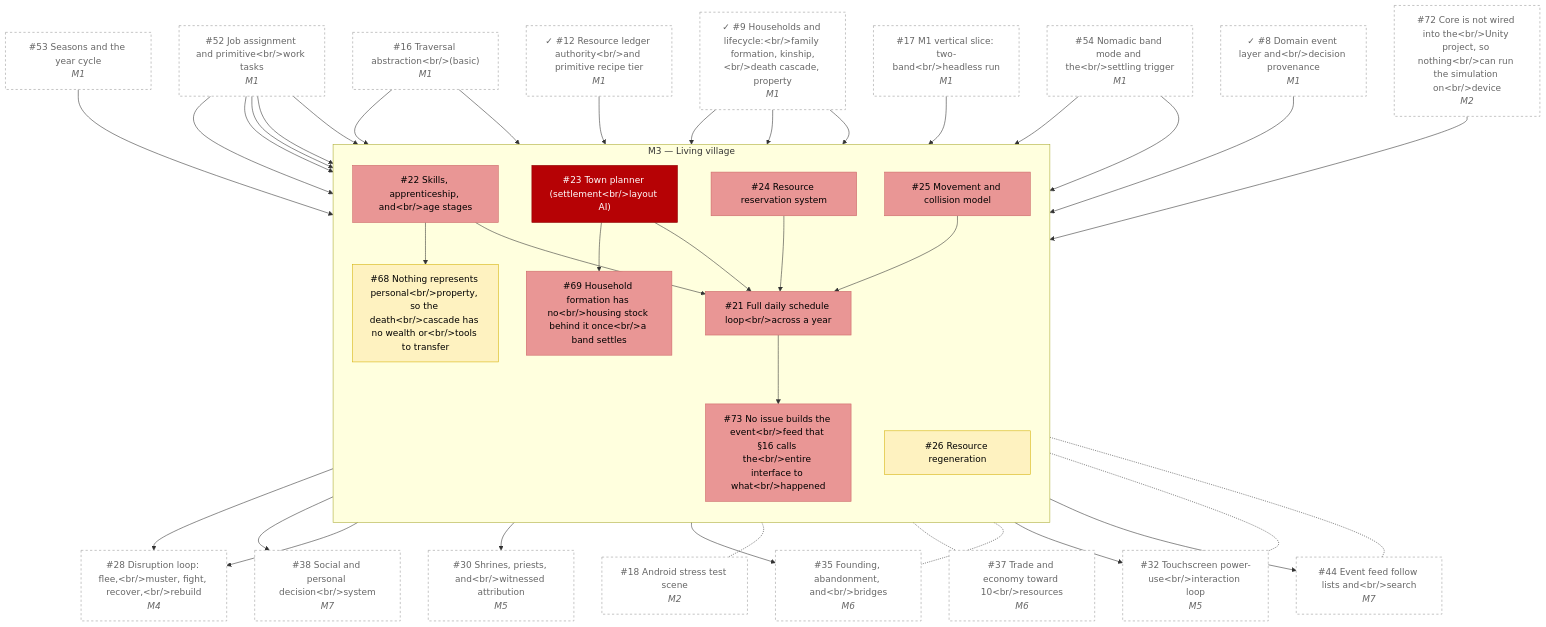
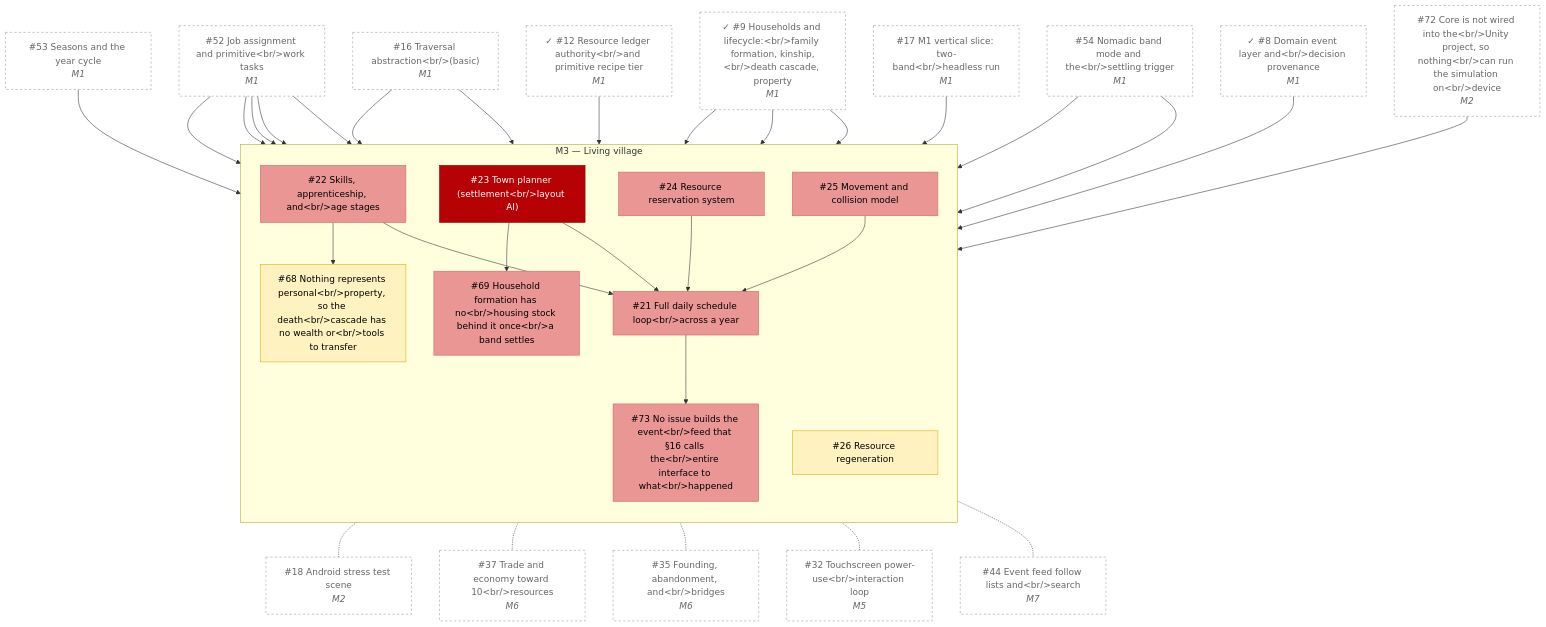
The diagram in docs/roadmap/M3.md (zhollis21/KingdomWatch), drawn with Mermaid before and after one commit. The commit also changed 7 other files, not shown here.

````diff
--- a/docs/roadmap/M3.md
+++ b/docs/roadmap/M3.md
@@ -9,75 +9,65 @@
 ```mermaid
 flowchart TD
   subgraph MSM3Livingvillage["M3 — Living village"]
     direction TD
     I21["#21 Full daily schedule loop#lt;br/#gt;across a year"]:::p1
     I22["#22 Skills, apprenticeship, and#lt;br/#gt;age stages"]:::p1
     I23["#23 Town planner (settlement#lt;br/#gt;layout AI)"]:::p0
     I24["#24 Resource reservation system"]:::p1
     I25["#25 Movement and collision model"]:::p1
     I26["#26 Resource regeneration"]:::p2
     I68["#68 Nothing represents personal#lt;br/#gt;property, so the death#lt;br/#gt;cascade has no wealth or#lt;br/#gt;tools to transfer"]:::p2
     I69["#69 Household formation has no#lt;br/#gt;housing stock behind it once#lt;br/#gt;a band settles"]:::p1
     I73["#73 No issue builds the event#lt;br/#gt;feed that §16 calls the#lt;br/#gt;entire interface to what#lt;br/#gt;happened"]:::p1
   end
   I8["✓ #8 Domain event layer and#lt;br/#gt;decision provenance<br/><i>M1</i>"]:::ext
   I9["✓ #9 Households and lifecycle:#lt;br/#gt;family formation, kinship,#lt;br/#gt;death cascade, property<br/><i>M1</i>"]:::ext
   I12["✓ #12 Resource ledger authority#lt;br/#gt;and primitive recipe tier<br/><i>M1</i>"]:::ext
   I16["#16 Traversal abstraction#lt;br/#gt;(basic)<br/><i>M1</i>"]:::ext
   I17["#17 M1 vertical slice: two-band#lt;br/#gt;headless run<br/><i>M1</i>"]:::ext
   I18["#18 Android stress test scene<br/><i>M2</i>"]:::ext
-  I28["#28 Disruption loop: flee,#lt;br/#gt;muster, fight, recover,#lt;br/#gt;rebuild<br/><i>M4</i>"]:::ext
-  I30["#30 Shrines, priests, and#lt;br/#gt;witnessed attribution<br/><i>M5</i>"]:::ext
   I32["#32 Touchscreen power-use#lt;br/#gt;interaction loop<br/><i>M5</i>"]:::ext
   I35["#35 Founding, abandonment, and#lt;br/#gt;bridges<br/><i>M6</i>"]:::ext
   I37["#37 Trade and economy toward 10#lt;br/#gt;resources<br/><i>M6</i>"]:::ext
-  I38["#38 Social and personal decision#lt;br/#gt;system<br/><i>M7</i>"]:::ext
   I44["#44 Event feed follow lists and#lt;br/#gt;search<br/><i>M7</i>"]:::ext
   I52["#52 Job assignment and primitive#lt;br/#gt;work tasks<br/><i>M1</i>"]:::ext
   I53["#53 Seasons and the year cycle<br/><i>M1</i>"]:::ext
   I54["#54 Nomadic band mode and the#lt;br/#gt;settling trigger<br/><i>M1</i>"]:::ext
   I72["#72 Core is not wired into the#lt;br/#gt;Unity project, so nothing#lt;br/#gt;can run the simulation on#lt;br/#gt;device<br/><i>M2</i>"]:::ext
   I22 --> I21
   I23 --> I21
   I24 --> I21
   I25 --> I21
   I52 --> I21
   I53 --> I21
-  I21 --> I28
   I9 --> I22
   I52 --> I22
-  I22 --> I38
   I16 --> I23
   I52 --> I23
   I54 --> I23
-  I23 --> I28
-  I23 --> I30
-  I23 --> I35
   I12 --> I24
   I52 --> I24
   I16 --> I25
   I25 -.- I18
   I17 --> I26
   I52 --> I26
   I9 --> I68
   I22 --> I68
   I68 -.- I37
   I9 --> I69
   I23 --> I69
   I54 --> I69
   I69 -.- I35
   I8 --> I73
   I21 --> I73
   I72 --> I73
-  I73 --> I32
-  I73 --> I44
   I73 -.- I32
   I73 -.- I44
   classDef p0 fill:#b60205,color:#fff,stroke:#8c0000
   classDef p1 fill:#e99695,color:#000,stroke:#c66
   classDef p2 fill:#fef2c0,color:#000,stroke:#d4b106
   classDef p3 fill:#ededed,color:#000,stroke:#bbb
   classDef none fill:#fff,color:#000,stroke:#999
   classDef done fill:#2da44e,color:#fff,stroke:#1a7f37
   classDef ext fill:#fff,color:#666,stroke:#999,stroke-dasharray:4 4
 ```
````
